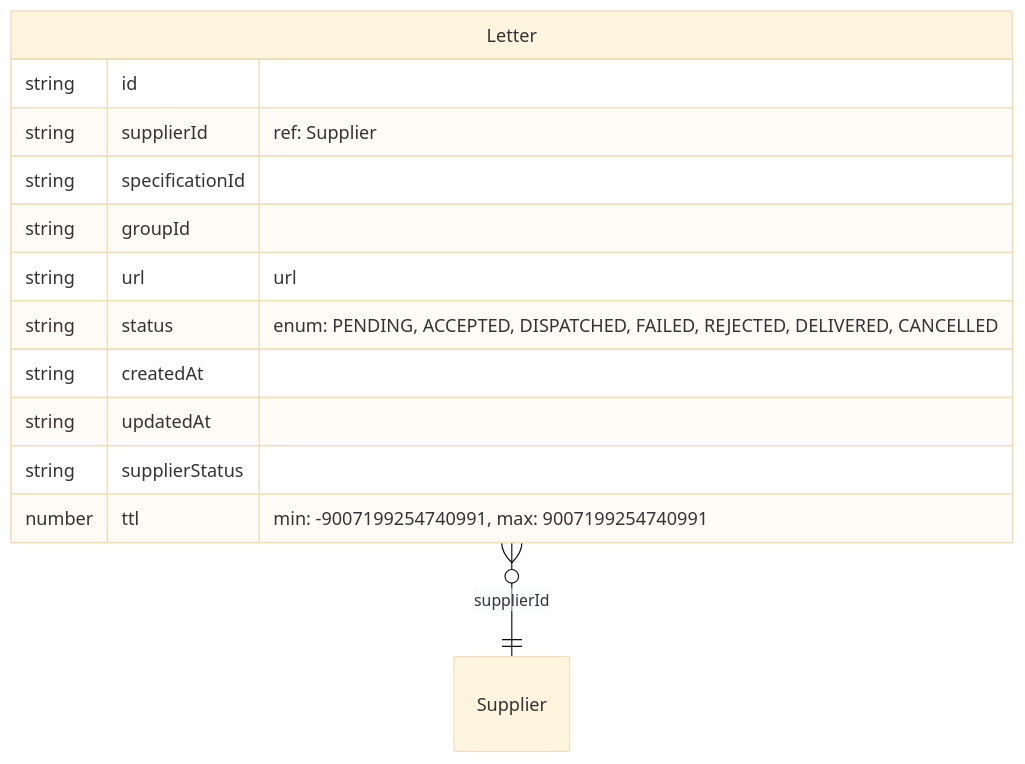
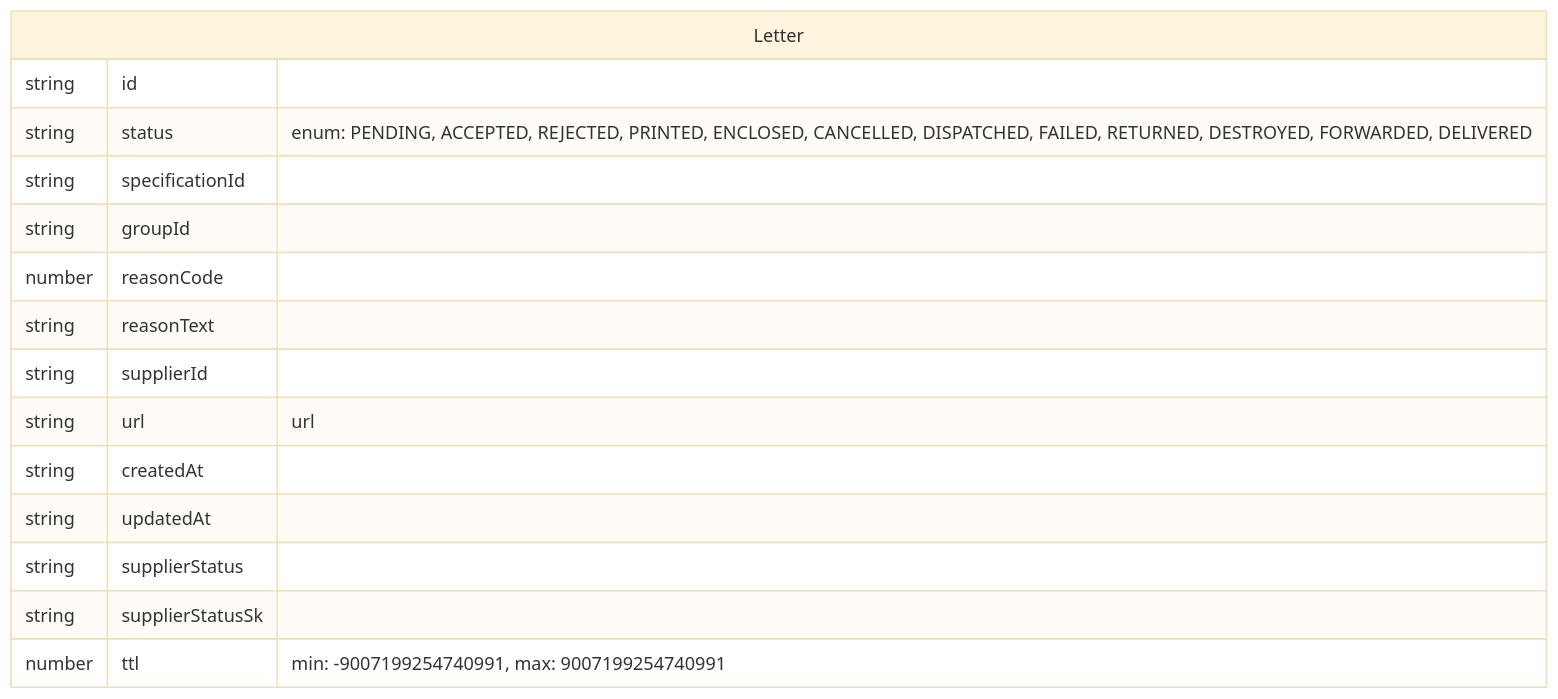
Before and after one commit to NHSDigital/nhs-notify-supplier-api: the first of 2 diagrams in internal/datastore/src/types.md, drawn with Mermaid (base theme). The commit also changed 10 other files, not shown here.

````diff
--- a/internal/datastore/src/types.md
+++ b/internal/datastore/src/types.md
@@ -9,18 +9,18 @@
 ```mermaid
 erDiagram
     Letter {
         string id
-        string supplierId "ref: Supplier"
+        string status "enum: PENDING, ACCEPTED, REJECTED, PRINTED, ENCLOSED, CANCELLED, DISPATCHED, FAILED, RETURNED, DESTROYED, FORWARDED, DELIVERED"
         string specificationId
         string groupId
+        number reasonCode
+        string reasonText
+        string supplierId
         string url "url"
-        string status "enum: PENDING, ACCEPTED, DISPATCHED, FAILED, REJECTED, DELIVERED, CANCELLED"
         string createdAt
         string updatedAt
         string supplierStatus
+        string supplierStatusSk
         number ttl "min: -9007199254740991, max: 9007199254740991"
     }
-    Supplier {
-    }
-    Letter }o--|| Supplier : "supplierId"
 ```
````
